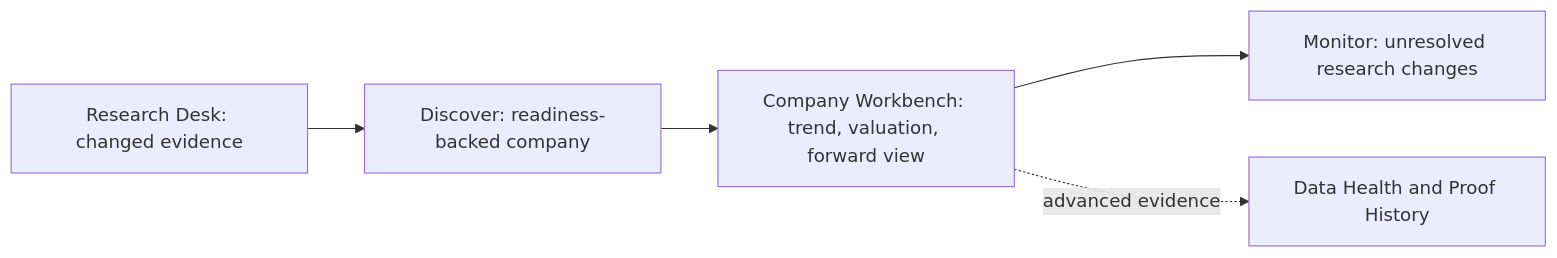
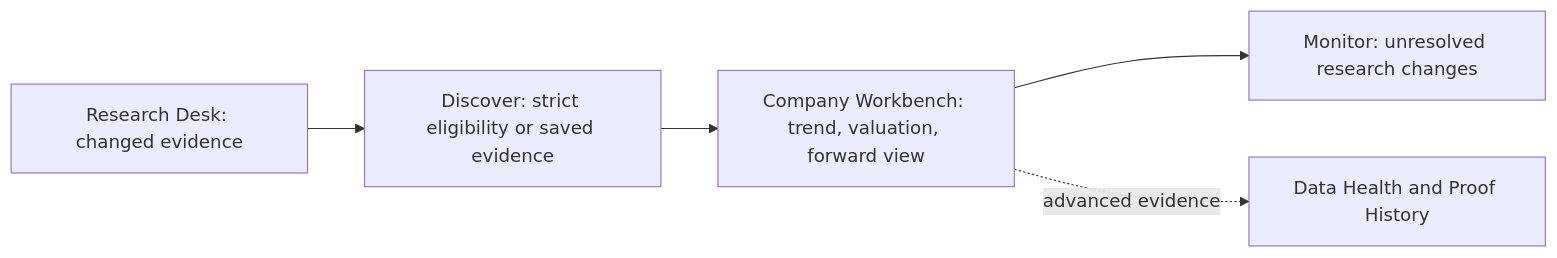
One commit to YuzeJ21/Stock-Analysis changed the diagram in README.md. Above: the diagram before and after it, drawn with Mermaid. The commit also changed other lines of this file and 11 other files, not shown here.

````diff
--- a/README.md
+++ b/README.md
@@ -40,7 +40,7 @@
 ```mermaid
 flowchart LR
-    Desk["Research Desk: changed evidence"] --> Discover["Discover: readiness-backed company"]
+    Desk["Research Desk: changed evidence"] --> Discover["Discover: strict eligibility or saved evidence"]
     Discover --> Workbench["Company Workbench: trend, valuation, forward view"]
     Workbench --> Monitor["Monitor: unresolved research changes"]
     Workbench -. advanced evidence .-> Health["Data Health and Proof History"]
 ```
````
